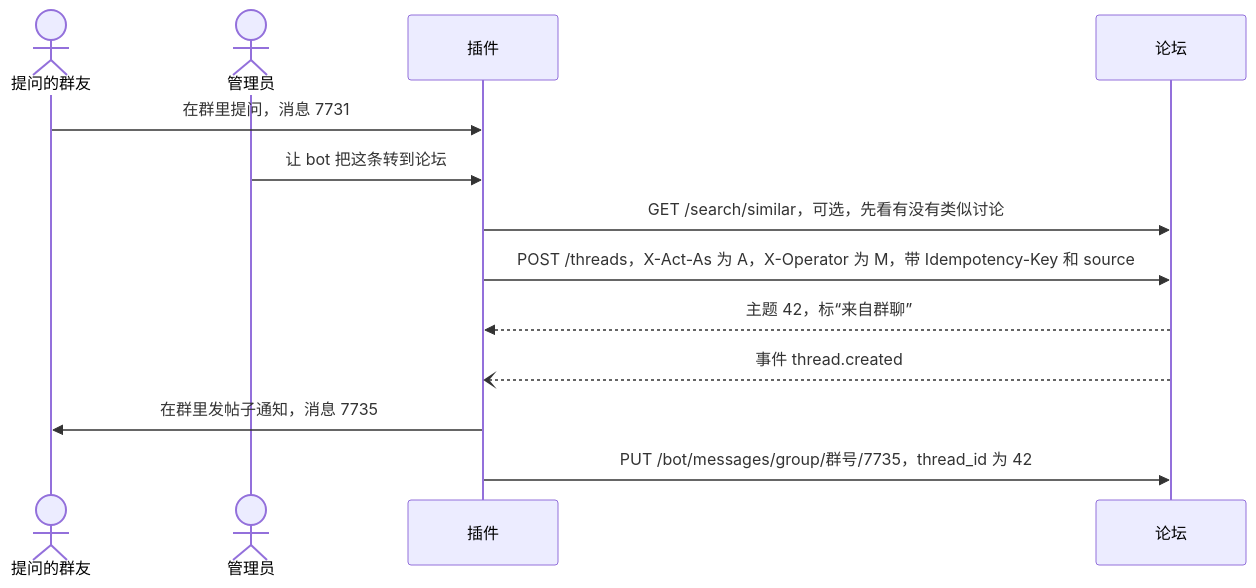
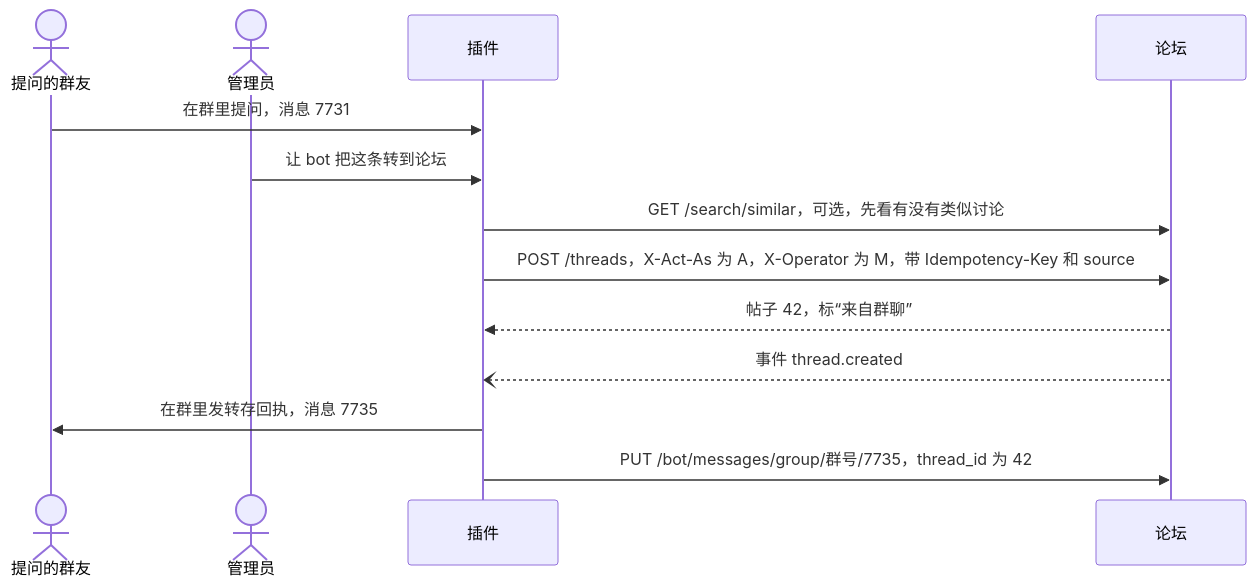
Before and after one commit to mousebaoyan/mousehole: the third of 6 diagrams in docs/api.md, drawn with Mermaid. The commit also changed other lines of this file and 5 other files, not shown here.

````diff
--- a/docs/api.md
+++ b/docs/api.md
@@ -472,15 +470,15 @@
 ```mermaid
 sequenceDiagram
     actor A as 提问的群友
     actor M as 管理员
     participant P as 插件
     participant F as 论坛
     A->>P: 在群里提问，消息 7731
     M->>P: 让 bot 把这条转到论坛
     P->>F: GET /search/similar，可选，先看有没有类似讨论
     P->>F: POST /threads，X-Act-As 为 A，X-Operator 为 M，带 Idempotency-Key 和 source
-    F-->>P: 主题 42，标“来自群聊”
+    F-->>P: 帖子 42，标“来自群聊”
     F--)P: 事件 thread.created
-    P->>A: 在群里发帖子通知，消息 7735
+    P->>A: 在群里发转存回执，消息 7735
     P->>F: PUT /bot/messages/group/群号/7735，thread_id 为 42
 ```
````
